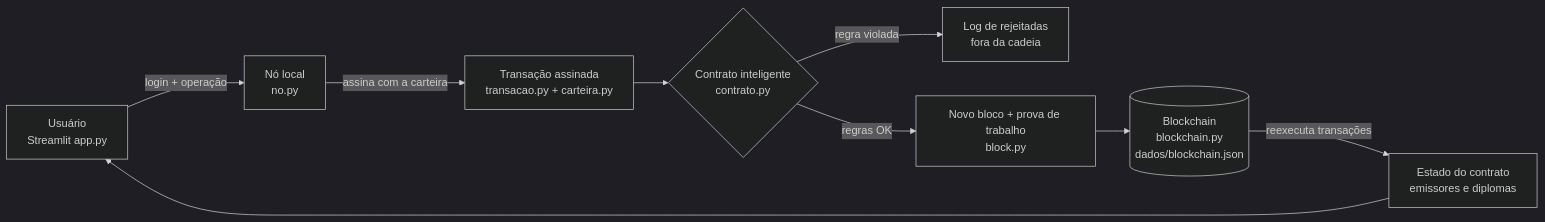
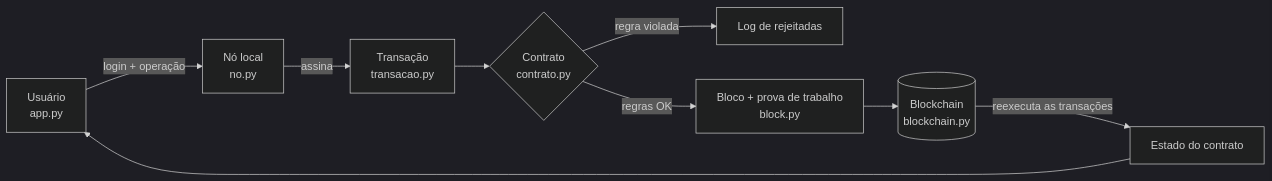
The diagram in README.md (lucassmaciel/projeto1_blockchain), drawn with Mermaid (dark theme) before and after one commit. The commit also changed other lines of this file, not shown here.

````diff
--- a/README.md
+++ b/README.md
@@ -33,11 +23,11 @@
 ```mermaid
 flowchart LR
-    U[Usuário<br/>Streamlit app.py] -->|login + operação| N[Nó local<br/>no.py]
-    N -->|assina com a carteira| T[Transação assinada<br/>transacao.py + carteira.py]
-    T --> C{Contrato inteligente<br/>contrato.py}
-    C -->|regra violada| R[Log de rejeitadas<br/>fora da cadeia]
-    C -->|regras OK| M[Novo bloco + prova de trabalho<br/>block.py]
-    M --> B[(Blockchain<br/>blockchain.py<br/>dados/blockchain.json)]
-    B -->|reexecuta transações| E[Estado do contrato<br/>emissores e diplomas]
+    U[Usuário<br/>app.py] -->|login + operação| N[Nó local<br/>no.py]
+    N -->|assina| T[Transação<br/>transacao.py]
+    T --> C{Contrato<br/>contrato.py}
+    C -->|regra violada| R[Log de rejeitadas]
+    C -->|regras OK| M[Bloco + prova de trabalho<br/>block.py]
+    M --> B[(Blockchain<br/>blockchain.py)]
+    B -->|reexecuta as transações| E[Estado do contrato]
     E --> U
 ```
````
